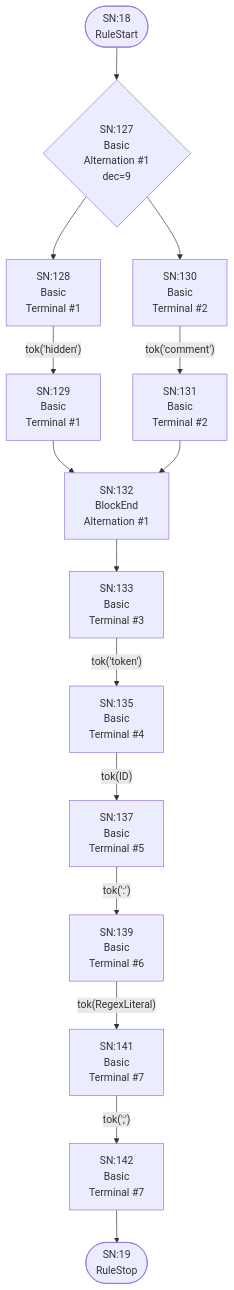
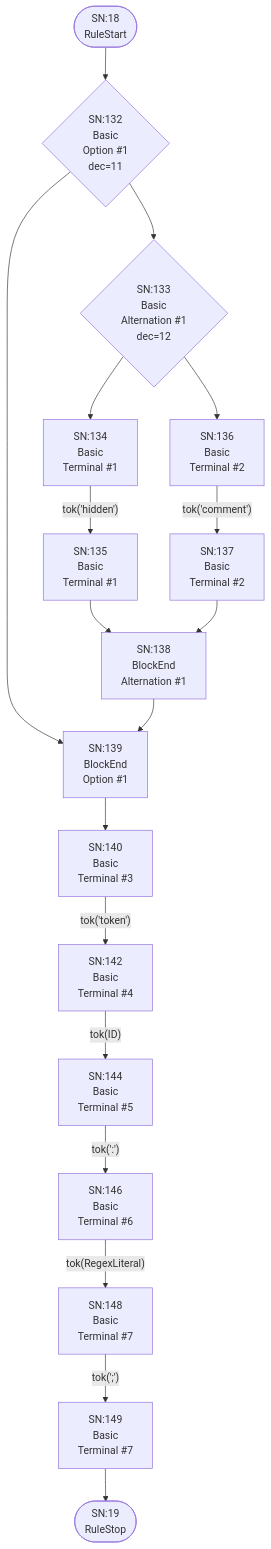
One commit to TypeFox/fastbelt changed the tenth of 25 diagrams in internal/grammar/atn.md. Above: the diagram before and after it, drawn with Mermaid. The commit also changed other lines of this file and 13 other files, not shown here.

````diff
--- a/internal/grammar/atn.md
+++ b/internal/grammar/atn.md
@@ -261,32 +272,37 @@
 ```mermaid
 flowchart TD
     q18(["SN:18<br/>RuleStart"])
     q19(["SN:19<br/>RuleStop"])
-    q127{"SN:127<br/>Basic<br/>Alternation #1<br/>dec=9"}
-    q128["SN:128<br/>Basic<br/>Terminal #1"]
-    q129["SN:129<br/>Basic<br/>Terminal #1"]
-    q130["SN:130<br/>Basic<br/>Terminal #2"]
-    q131["SN:131<br/>Basic<br/>Terminal #2"]
-    q132["SN:132<br/>BlockEnd<br/>Alternation #1"]
-    q133["SN:133<br/>Basic<br/>Terminal #3"]
-    q134["SN:135<br/>Basic<br/>Terminal #4"]
-    q135["SN:137<br/>Basic<br/>Terminal #5"]
-    q136["SN:139<br/>Basic<br/>Terminal #6"]
-    q137["SN:141<br/>Basic<br/>Terminal #7"]
-    q138["SN:142<br/>Basic<br/>Terminal #7"]
+    q132{"SN:132<br/>Basic<br/>Option #1<br/>dec=11"}
+    q133{"SN:133<br/>Basic<br/>Alternation #1<br/>dec=12"}
+    q134["SN:134<br/>Basic<br/>Terminal #1"]
+    q135["SN:135<br/>Basic<br/>Terminal #1"]
+    q136["SN:136<br/>Basic<br/>Terminal #2"]
+    q137["SN:137<br/>Basic<br/>Terminal #2"]
+    q138["SN:138<br/>BlockEnd<br/>Alternation #1"]
+    q139["SN:139<br/>BlockEnd<br/>Option #1"]
+    q140["SN:140<br/>Basic<br/>Terminal #3"]
+    q141["SN:142<br/>Basic<br/>Terminal #4"]
+    q142["SN:144<br/>Basic<br/>Terminal #5"]
+    q143["SN:146<br/>Basic<br/>Terminal #6"]
+    q144["SN:148<br/>Basic<br/>Terminal #7"]
+    q145["SN:149<br/>Basic<br/>Terminal #7"]
 
-    q18 --> q127
-    q127 --> q128
-    q127 --> q130
-    q128 -->|"tok('hidden')"| q129
-    q129 --> q132
-    q130 -->|"tok('comment')"| q131
-    q131 --> q132
+    q18 --> q132
     q132 --> q133
-    q133 -->|"tok('token')"| q134
-    q134 -->|"tok(ID)"| q135
-    q135 -->|"tok(':')"| q136
-    q136 -->|"tok(RegexLiteral)"| q137
-    q137 -->|"tok(';')"| q138
-    q138 --> q19
+    q132 --> q139
+    q133 --> q134
+    q133 --> q136
+    q134 -->|"tok('hidden')"| q135
+    q135 --> q138
+    q136 -->|"tok('comment')"| q137
+    q137 --> q138
+    q138 --> q139
+    q139 --> q140
+    q140 -->|"tok('token')"| q141
+    q141 -->|"tok(ID)"| q142
+    q142 -->|"tok(':')"| q143
+    q143 -->|"tok(RegexLiteral)"| q144
+    q144 -->|"tok(';')"| q145
+    q145 --> q19
 ```
````
